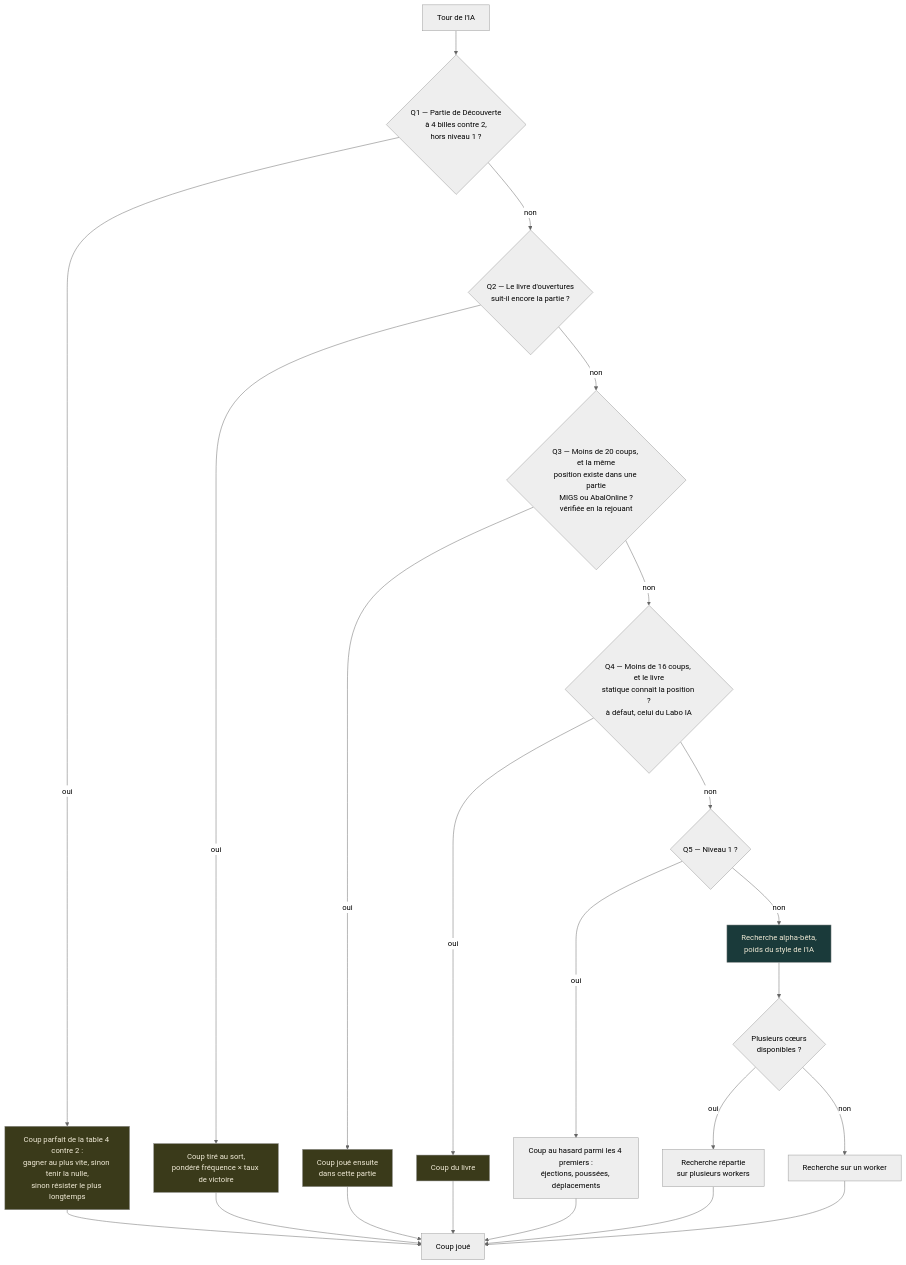
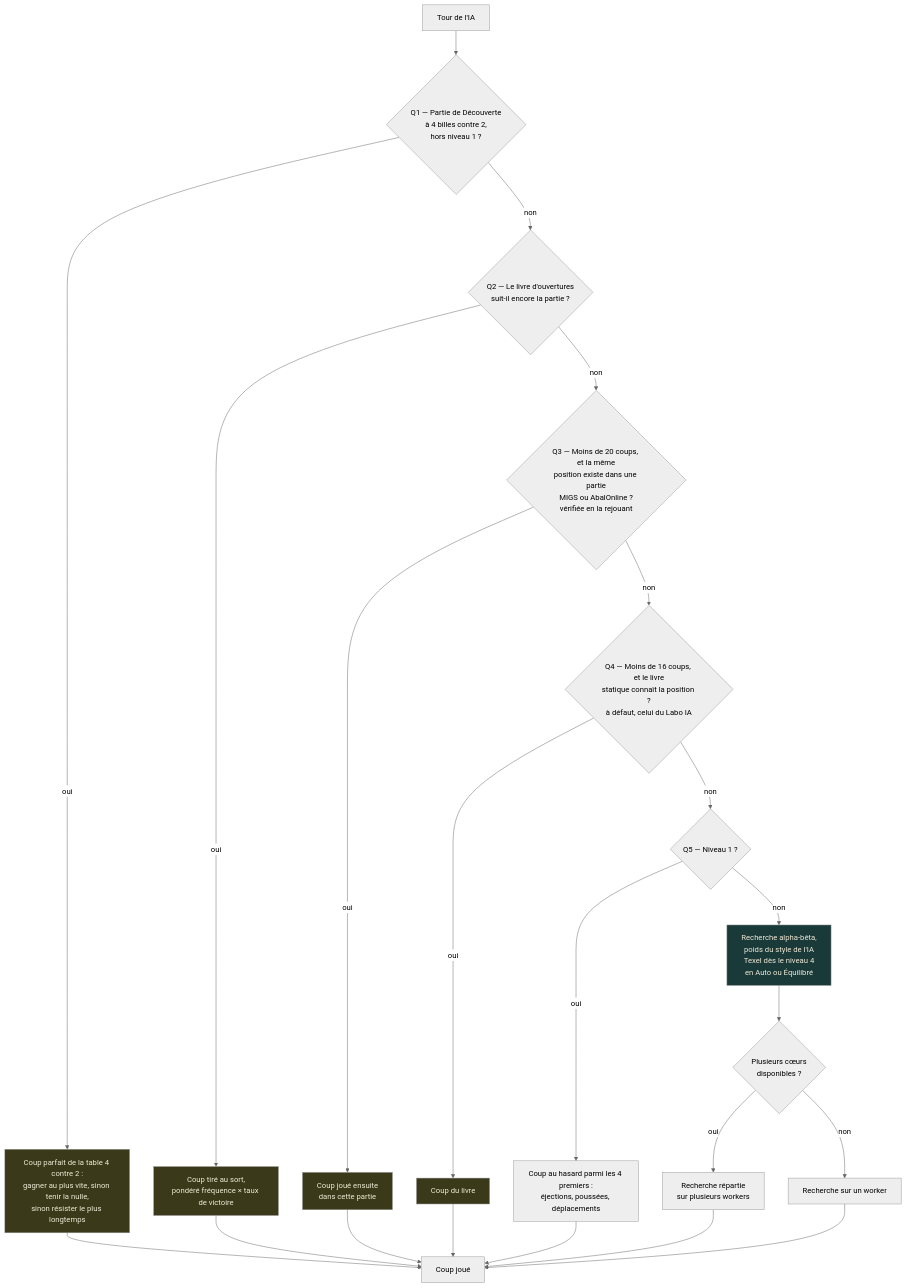
Before and after one commit to ocj94/Abalassembly: the first of 3 diagrams in docs-fr/Architecture.fr.md, drawn with Mermaid (neutral theme). The commit also changed other lines of this file and 8 other files, not shown here.

First line of the commit message:
v2.96 : page Architecture remise a jour ; PlayStrategy n'est plus bloque par le site

````diff
--- a/docs-fr/Architecture.fr.md
+++ b/docs-fr/Architecture.fr.md
@@ -15,30 +15,30 @@
 ```mermaid
 flowchart TD
     A[Tour de l'IA] --> T{Q1 — Partie de Découverte<br/>à 4 billes contre 2,<br/>hors niveau 1 ?}
     T -->|oui| T1[Coup parfait de la table 4 contre 2 :<br/>gagner au plus vite, sinon tenir la nulle,<br/>sinon résister le plus longtemps]
     T -->|non| B{Q2 — Le livre d'ouvertures<br/>suit-il encore la partie ?}
     B -->|oui| B1[Coup tiré au sort,<br/>pondéré fréquence × taux de victoire]
     B -->|non| C{Q3 — Moins de 20 coups, et la même<br/>position existe dans une partie<br/>MIGS ou AbalOnline ?<br/>vérifiée en la rejouant}
     C -->|oui| C1[Coup joué ensuite<br/>dans cette partie]
     C -->|non| D{Q4 — Moins de 16 coups, et le livre<br/>statique connaît la position ?<br/>à défaut, celui du Labo IA}
     D -->|oui| D1[Coup du livre]
     D -->|non| E{Q5 — Niveau 1 ?}
     E -->|oui| E1[Coup au hasard parmi les 4 premiers :<br/>éjections, poussées, déplacements]
-    E -->|non| F[Recherche alpha-bêta,<br/>poids du style de l'IA]
+    E -->|non| F[Recherche alpha-bêta,<br/>poids du style de l'IA<br/>Texel dès le niveau 4<br/>en Auto ou Équilibré]
     F --> G{Plusieurs cœurs<br/>disponibles ?}
     G -->|oui| G1[Recherche répartie<br/>sur plusieurs workers]
     G -->|non| G2[Recherche sur un worker]
     T1 --> H[Coup joué]
     B1 --> H
     C1 --> H
     D1 --> H
     E1 --> H
     G1 --> H
     G2 --> H
 
     style T1 fill:#3a3a1a,color:#f0ead6
     style B1 fill:#3a3a1a,color:#f0ead6
     style C1 fill:#3a3a1a,color:#f0ead6
     style D1 fill:#3a3a1a,color:#f0ead6
     style F fill:#1a3a3a,color:#f0ead6
 ```
````
